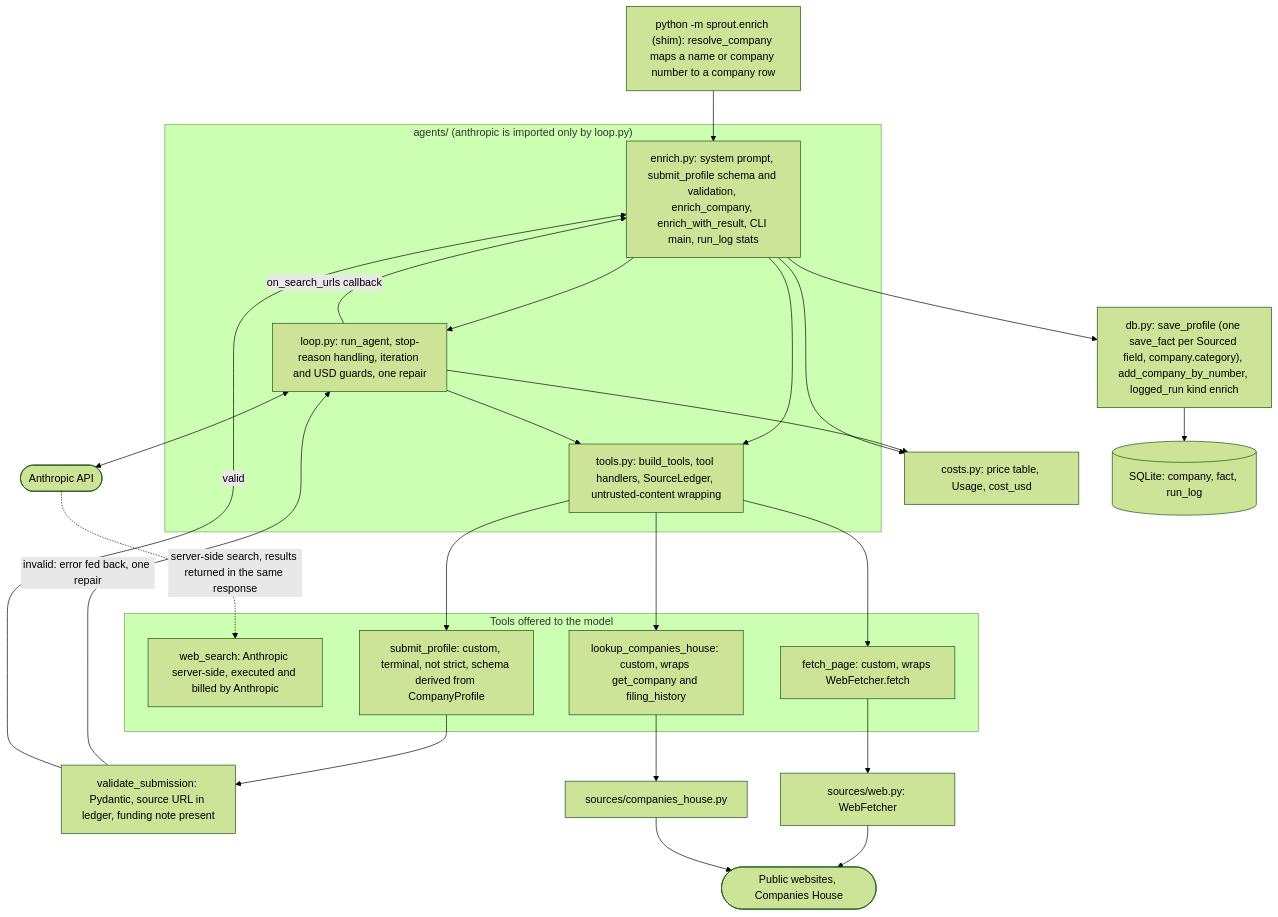
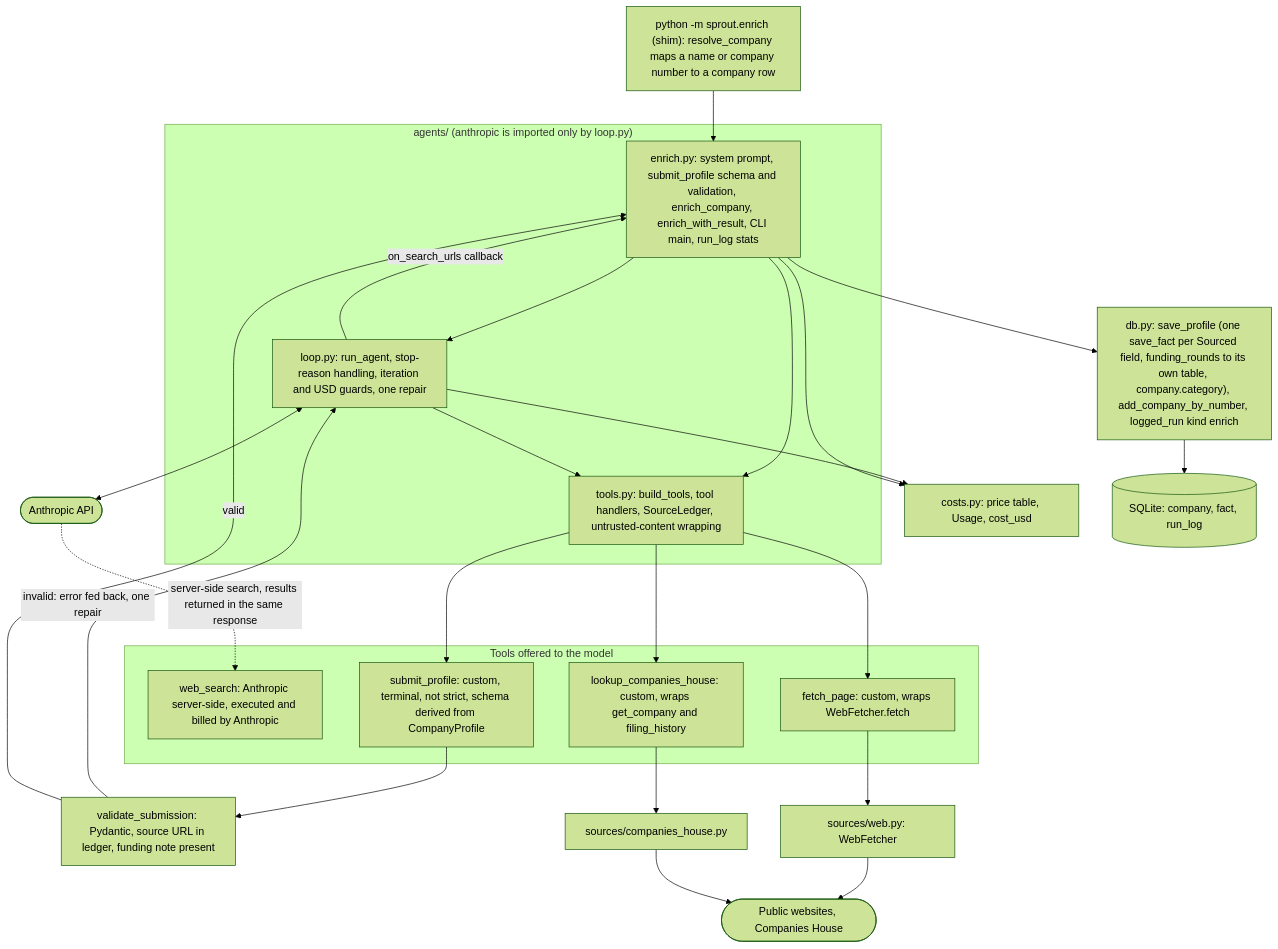
One commit to Farzaanee/sprout changed the third of 12 diagrams in docs/architecture.md. Above: the diagram before and after it, drawn with Mermaid (forest theme). The commit also changed other lines of this file and 11 other files, not shown here.

Commit message:
add new table for funding_round

````diff
--- a/docs/architecture.md
+++ b/docs/architecture.md
@@ -86,44 +86,44 @@
 ```mermaid
 flowchart TB
     CLI["python -m sprout.enrich (shim): resolve_company maps a name or company number to a company row"]
     subgraph AGENT["agents/ (anthropic is imported only by loop.py)"]
         ENR["enrich.py: system prompt, submit_profile schema and validation, enrich_company, enrich_with_result, CLI main, run_log stats"]
         LOOP["loop.py: run_agent, stop-reason handling, iteration and USD guards, one repair"]
         TOOLS["tools.py: build_tools, tool handlers, SourceLedger, untrusted-content wrapping"]
     end
     subgraph TOOLSET["Tools offered to the model"]
         T1["web_search: Anthropic server-side, executed and billed by Anthropic"]
         T2["fetch_page: custom, wraps WebFetcher.fetch"]
         T3["lookup_companies_house: custom, wraps get_company and filing_history"]
         T4["submit_profile: custom, terminal, not strict, schema derived from CompanyProfile"]
     end
     LLM(["Anthropic API"])
     COST["costs.py: price table, Usage, cost_usd"]
     CHECK["validate_submission: Pydantic, source URL in ledger, funding note present"]
-    DBW["db.py: save_profile (one save_fact per Sourced field, company.category), add_company_by_number, logged_run kind enrich"]
+    DBW["db.py: save_profile (one save_fact per Sourced field, funding_rounds to its own table, company.category), add_company_by_number, logged_run kind enrich"]
     SQL[("SQLite: company, fact, run_log")]
     WF["sources/web.py: WebFetcher"]
     CHC["sources/companies_house.py"]
     SRCX(["Public websites, Companies House"])
     CLI --> ENR
     ENR --> LOOP
     ENR --> TOOLS
     LOOP <--> LLM
     LOOP --> TOOLS
     TOOLS --> T2
     TOOLS --> T3
     TOOLS --> T4
     LLM -. "server-side search, results returned in the same response" .-> T1
     T2 --> WF
     T3 --> CHC
     WF --> SRCX
     CHC --> SRCX
     T4 --> CHECK
     CHECK -- "invalid: error fed back, one repair" --> LOOP
     CHECK -- "valid" --> ENR
     ENR --> DBW
     DBW --> SQL
     LOOP --> COST
     ENR --> COST
     LOOP -- "on_search_urls callback" --> ENR
 ```
````
